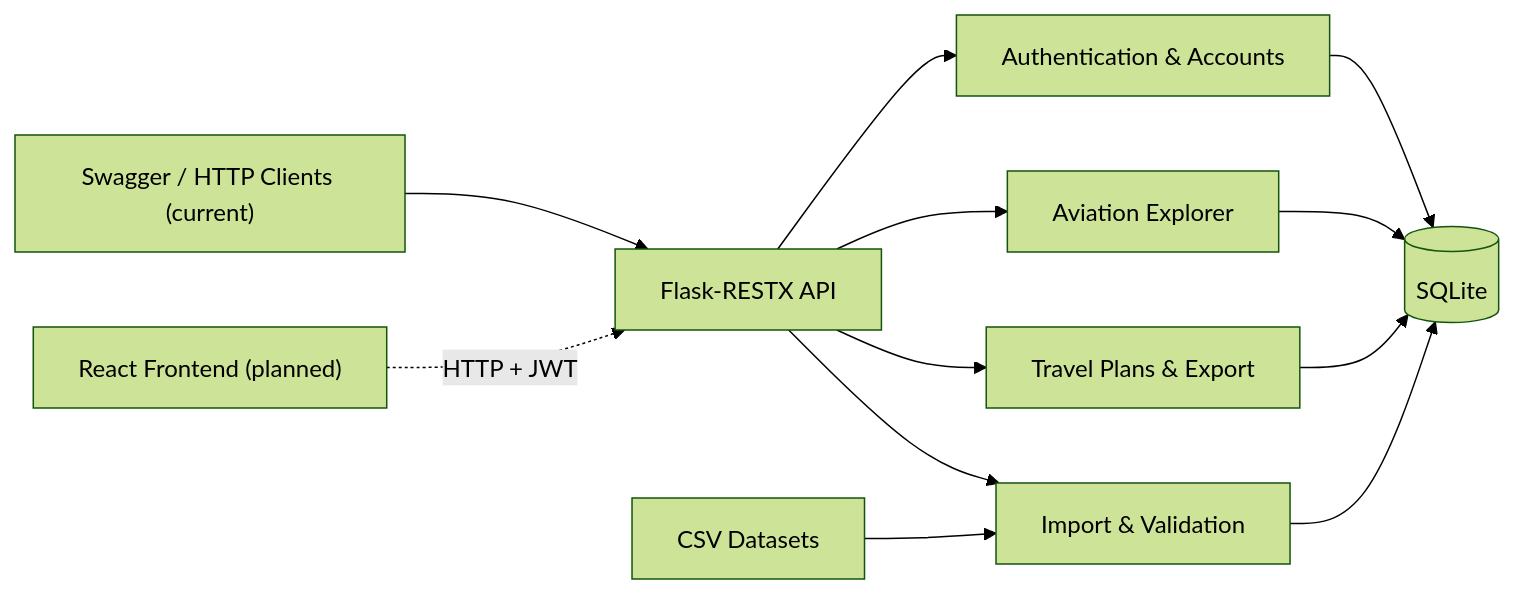
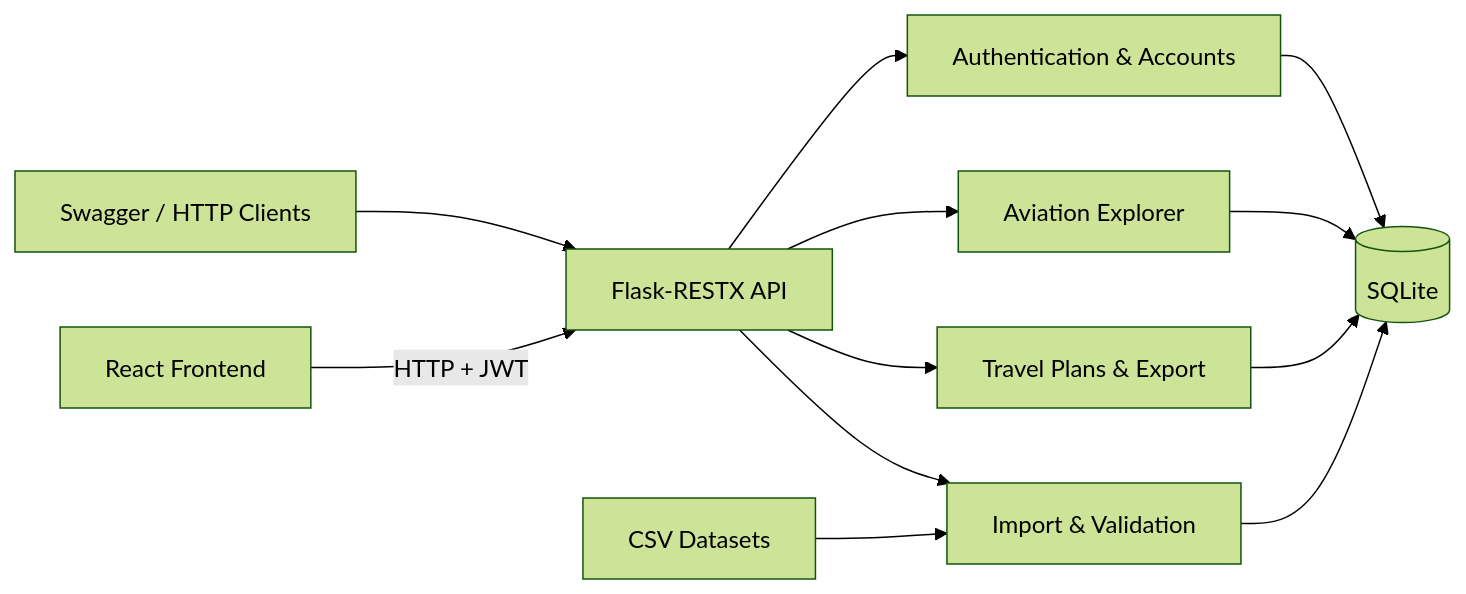
One commit to Leo7805/air-route changed the first of 2 diagrams in docs/PROJECT.md. Above: the diagram before and after it, drawn with Mermaid (forest theme). The commit also changed other lines of this file and 6 other files, not shown here.

````diff
--- a/docs/PROJECT.md
+++ b/docs/PROJECT.md
@@ -53,14 +47,14 @@
 ```mermaid
 flowchart LR
-    Client["Swagger / HTTP Clients (current)"] --> API["Flask-RESTX API"]
-    UI["React Frontend (planned)"] -. "HTTP + JWT" .-> API
+    Client["Swagger / HTTP Clients"] --> API["Flask-RESTX API"]
+    UI["React Frontend"] -- "HTTP + JWT" --> API
     CSV["CSV Datasets"] --> Import["Import & Validation"]
     API --> Auth["Authentication & Accounts"]
     API --> Explorer["Aviation Explorer"]
     API --> Plans["Travel Plans & Export"]
     API --> Import
     Auth --> DB[(SQLite)]
     Explorer --> DB
     Plans --> DB
     Import --> DB
 ```
````
